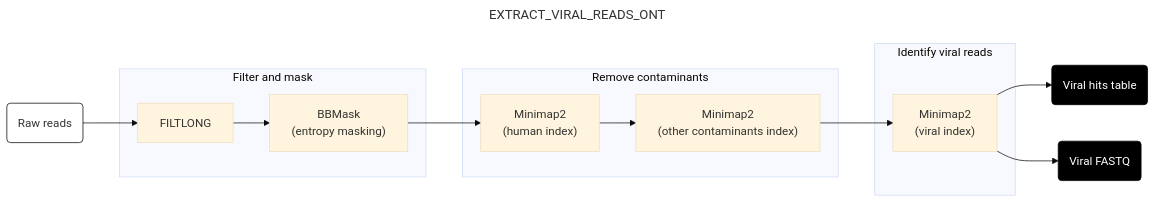
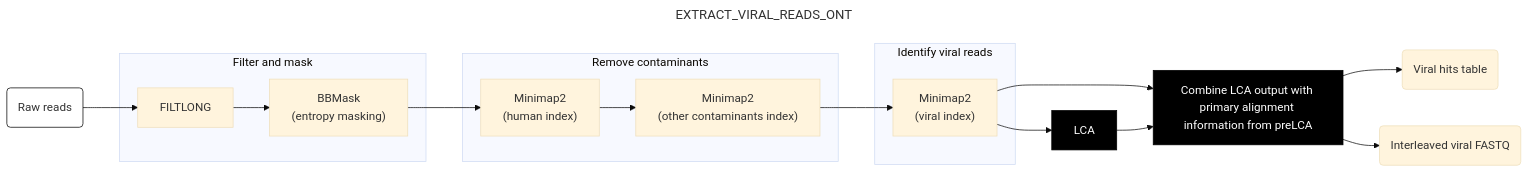
Before and after one commit to naobservatory/mgs-workflow: the sixth of 9 diagrams in docs/run.md, drawn with Mermaid (base theme). The commit also changed other lines of this file, not shown here.

````diff
--- a/docs/run.md
+++ b/docs/run.md
@@ -221,30 +220,33 @@
 ```mermaid
 ---
 title: EXTRACT_VIRAL_READS_ONT
 config:
   layout: horizontal
 ---
 flowchart LR
 A(Raw reads) --> B[FILTLONG]
 B --> C["BBMask <br> (entropy masking)"]
 C --> D["Minimap2 <br> (human index)"]
 D --> E["Minimap2 <br> (other contaminants index)"]
 E --> F["Minimap2 <br> (viral index)"]
-F --> G(Viral hits table)
-F --> H(Viral FASTQ)
+F --> G[LCA]
+F --> H
+G --> H[Combine LCA output with primary alignment information from preLCA]
+H --> I(Viral hits table)
+H --> J(Interleaved viral FASTQ)
 
 subgraph "Filter and mask"
 B
 C
 end
 subgraph "Remove contaminants"
 D
 E
 end
 subgraph "Identify viral reads"
 F
 end
 style A fill:#fff,stroke:#000
 style G fill:#000,color:#fff,stroke:#000
 style H fill:#000,color:#fff,stroke:#000
 ```
````
